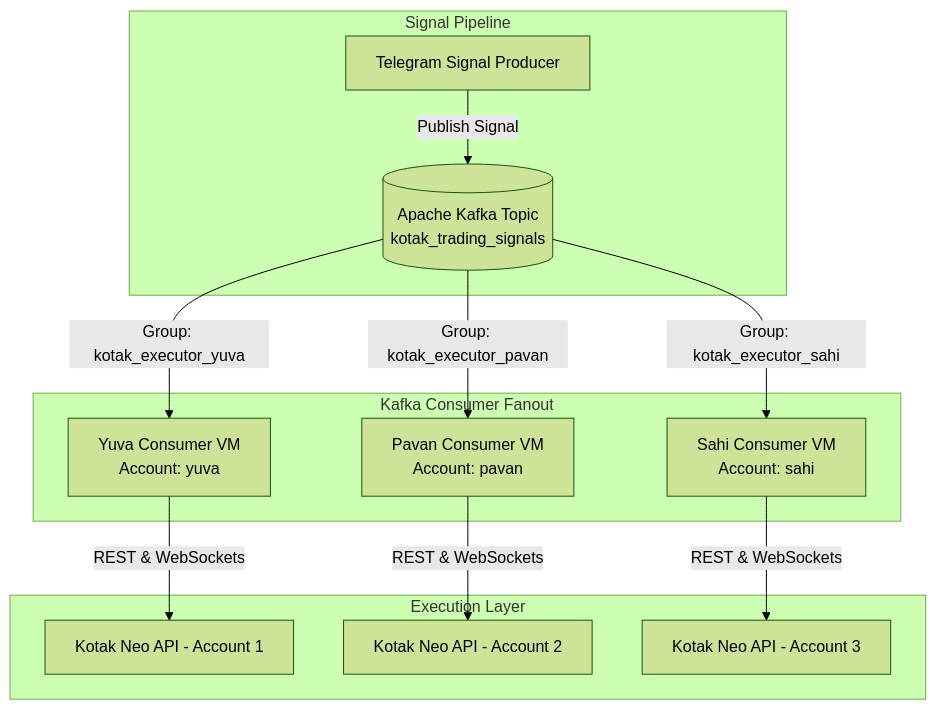
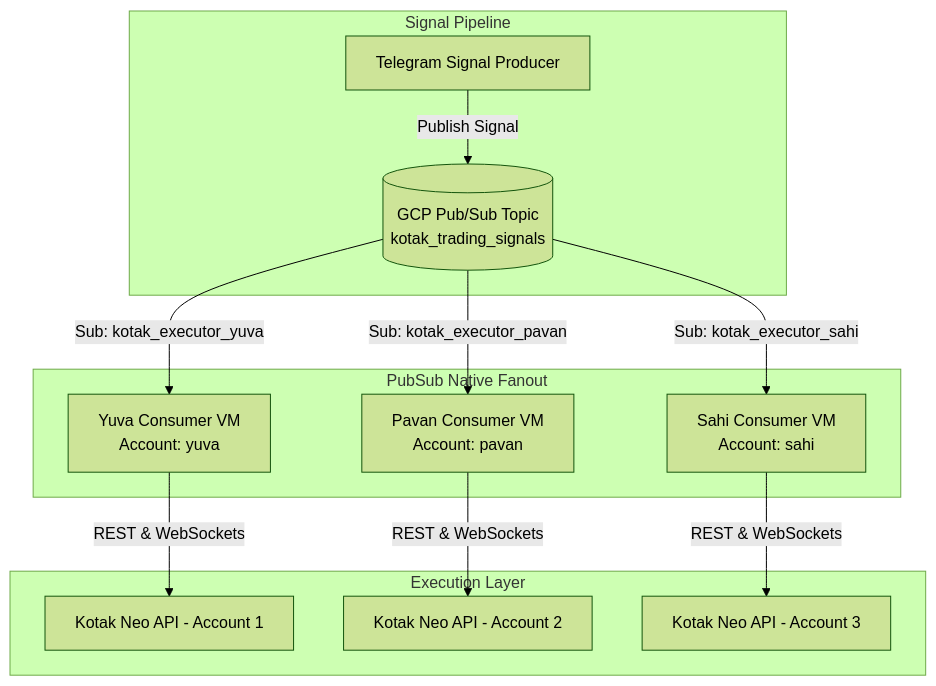
Before and after one commit to pawanbudati/neo-tel-order-processor: the diagram in README.md, drawn with Mermaid (forest theme). The commit also changed other lines of this file and 10 other files, not shown here.

Commit message:
feat: migrate order consumer from kafka to google cloud pubsub

````diff
--- a/README.md
+++ b/README.md
@@ -14,18 +14,18 @@
 ```mermaid
 flowchart TD
     subgraph Signal Pipeline
-        KP[Telegram Signal Producer] -->|Publish Signal| KB[(Apache Kafka Topic\nkotak_trading_signals)]
+        KP[Telegram Signal Producer] -->|Publish Signal| PB[(GCP Pub/Sub Topic\nkotak_trading_signals)]
     end
 
-    subgraph Kafka Consumer Fanout
-        KB -->|Group: kotak_executor_yuva| VM1[Yuva Consumer VM\nAccount: yuva]
-        KB -->|Group: kotak_executor_pavan| VM2[Pavan Consumer VM\nAccount: pavan]
-        KB -->|Group: kotak_executor_sahi| VM3[Sahi Consumer VM\nAccount: sahi]
+    subgraph PubSub Native Fanout
+        PB -->|Sub: kotak_executor_yuva| VM1[Yuva Consumer VM\nAccount: yuva]
+        PB -->|Sub: kotak_executor_pavan| VM2[Pavan Consumer VM\nAccount: pavan]
+        PB -->|Sub: kotak_executor_sahi| VM3[Sahi Consumer VM\nAccount: sahi]
     end
 
     subgraph Execution Layer
         VM1 -->|REST & WebSockets| KN1[Kotak Neo API - Account 1]
         VM2 -->|REST & WebSockets| KN2[Kotak Neo API - Account 2]
         VM3 -->|REST & WebSockets| KN3[Kotak Neo API - Account 3]
     end
 ```
````
